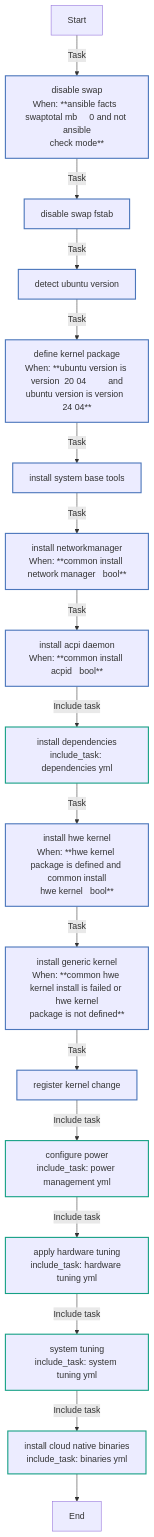
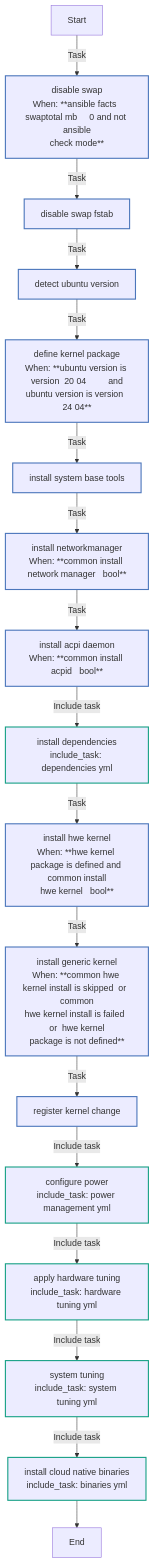
The fifth of 9 diagrams in roles/common/README.md (rou-cru/k3s-homelab), drawn with Mermaid before and after one commit. The commit also changed other lines of this file and 41 other files, not shown here.

````diff
--- a/roles/common/README.md
+++ b/roles/common/README.md
@@ -616,29 +619,29 @@
 ```mermaid
 flowchart TD
 Start
 classDef block stroke:#3498db,stroke-width:2px;
 classDef task stroke:#4b76bb,stroke-width:2px;
 classDef includeTasks stroke:#16a085,stroke-width:2px;
 classDef importTasks stroke:#34495e,stroke-width:2px;
 classDef includeRole stroke:#2980b9,stroke-width:2px;
 classDef importRole stroke:#699ba7,stroke-width:2px;
 classDef includeVars stroke:#8e44ad,stroke-width:2px;
 classDef rescue stroke:#665352,stroke-width:2px;
 
   Start-->|Task| Disable_swap0[disable swap<br>When: **ansible facts  swaptotal mb     0 and not ansible<br>check mode**]:::task
   Disable_swap0-->|Task| Disable_swap__fstab_1[disable swap  fstab ]:::task
   Disable_swap__fstab_1-->|Task| Detect_Ubuntu_version2[detect ubuntu version]:::task
   Detect_Ubuntu_version2-->|Task| Define_kernel_package3[define kernel package<br>When: **ubuntu version is version  20 04         and<br>ubuntu version is version  24 04**]:::task
   Define_kernel_package3-->|Task| Install_system_base_tools4[install system base tools]:::task
   Install_system_base_tools4-->|Task| Install_NetworkManager5[install networkmanager<br>When: **common install network manager   bool**]:::task
   Install_NetworkManager5-->|Task| Install_ACPI_daemon6[install acpi daemon<br>When: **common install acpid   bool**]:::task
   Install_ACPI_daemon6-->|Include task| Install_dependencies_dependencies_yml_7[install dependencies<br>include_task: dependencies yml]:::includeTasks
   Install_dependencies_dependencies_yml_7-->|Task| Install_HWE_kernel8[install hwe kernel<br>When: **hwe kernel package is defined and common install<br>hwe kernel   bool**]:::task
-  Install_HWE_kernel8-->|Task| Install_generic_kernel9[install generic kernel<br>When: **common hwe kernel install is failed or hwe kernel<br>package is not defined**]:::task
+  Install_HWE_kernel8-->|Task| Install_generic_kernel9[install generic kernel<br>When: **common hwe kernel install is skipped  or  common<br>hwe kernel install is failed  or  hwe kernel<br>package is not defined**]:::task
   Install_generic_kernel9-->|Task| Register_kernel_change10[register kernel change]:::task
   Register_kernel_change10-->|Include task| Configure_power_power_management_yml_11[configure power<br>include_task: power management yml]:::includeTasks
   Configure_power_power_management_yml_11-->|Include task| Apply_hardware_tuning_hardware_tuning_yml_12[apply hardware tuning<br>include_task: hardware tuning yml]:::includeTasks
   Apply_hardware_tuning_hardware_tuning_yml_12-->|Include task| System_Tuning_system_tuning_yml_13[system tuning<br>include_task: system tuning yml]:::includeTasks
   System_Tuning_system_tuning_yml_13-->|Include task| Install_Cloud_Native_Binaries_binaries_yml_14[install cloud native binaries<br>include_task: binaries yml]:::includeTasks
   Install_Cloud_Native_Binaries_binaries_yml_14-->End
 ```
````
